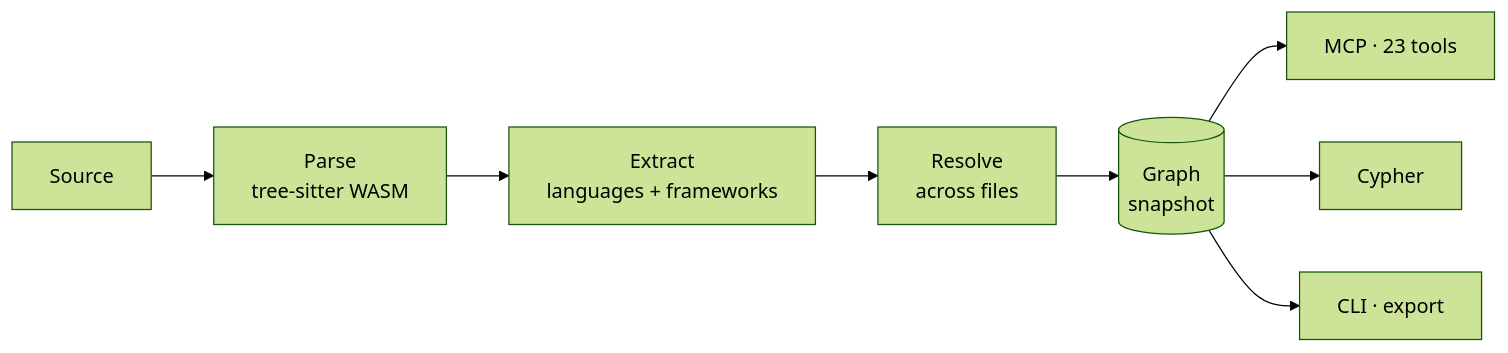
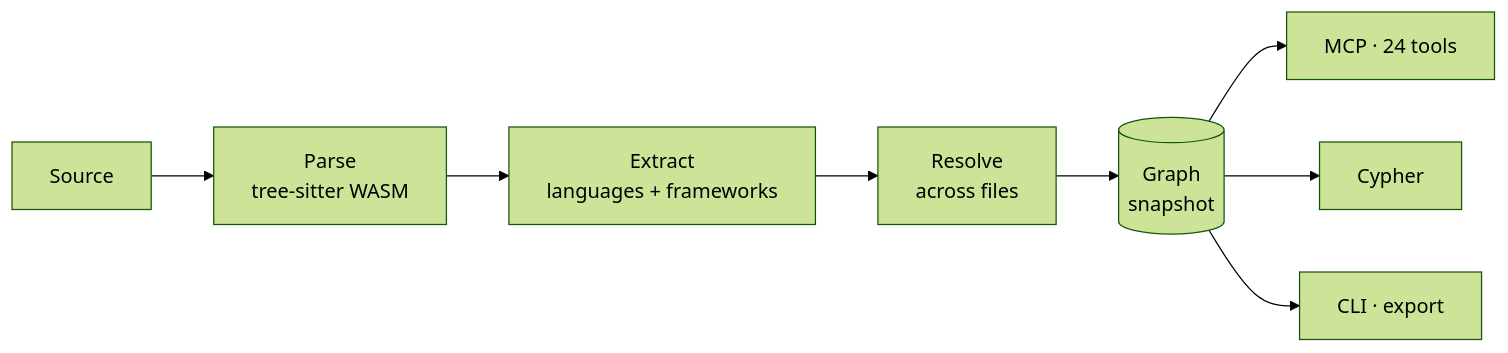
The diagram in README.md (fatihserhatturan/concentrate), drawn with Mermaid (forest theme) before and after one commit. The commit also changed other lines of this file and 26 other files, not shown here.

````diff
--- a/README.md
+++ b/README.md
@@ -40,10 +40,10 @@
 ```mermaid
 flowchart LR
   A[Source] --> B[Parse<br/>tree-sitter WASM]
   B --> C[Extract<br/>languages + frameworks]
   C --> D[Resolve<br/>across files]
   D --> E[(Graph<br/>snapshot)]
-  E --> F[MCP · 23 tools]
+  E --> F[MCP · 24 tools]
   E --> G[Cypher]
   E --> H[CLI · export]
 ```
````
